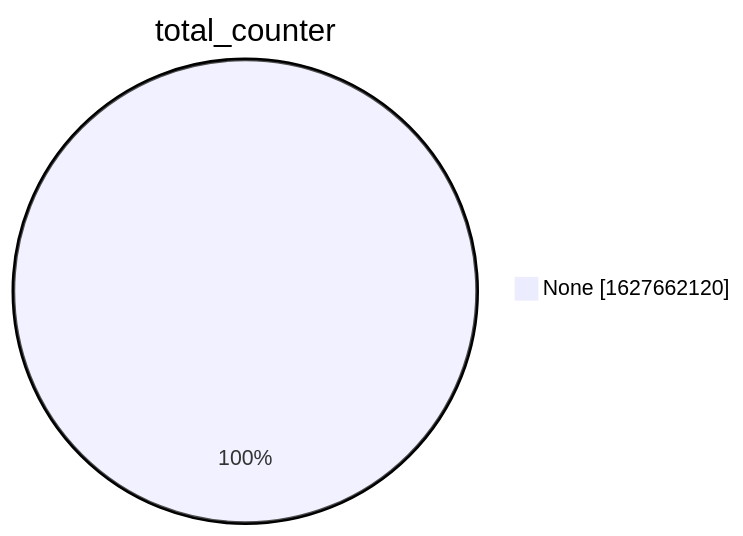
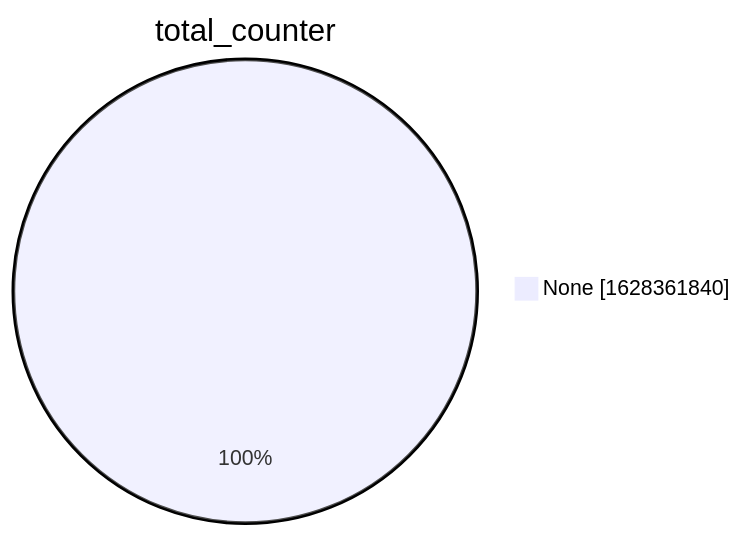
Before and after one commit to christiankrug/ctmonitor_visualization: the second of 15 diagrams in xenon2022/README.md, drawn with Mermaid. The commit also changed other lines of this file, not shown here.

````diff
--- a/xenon2022/README.md
+++ b/xenon2022/README.md
@@ -9,5 +9,5 @@
 ```mermaid
 pie showData
 title total_counter
-"None" :1627662120
+"None" :1628361840
 ```
````
